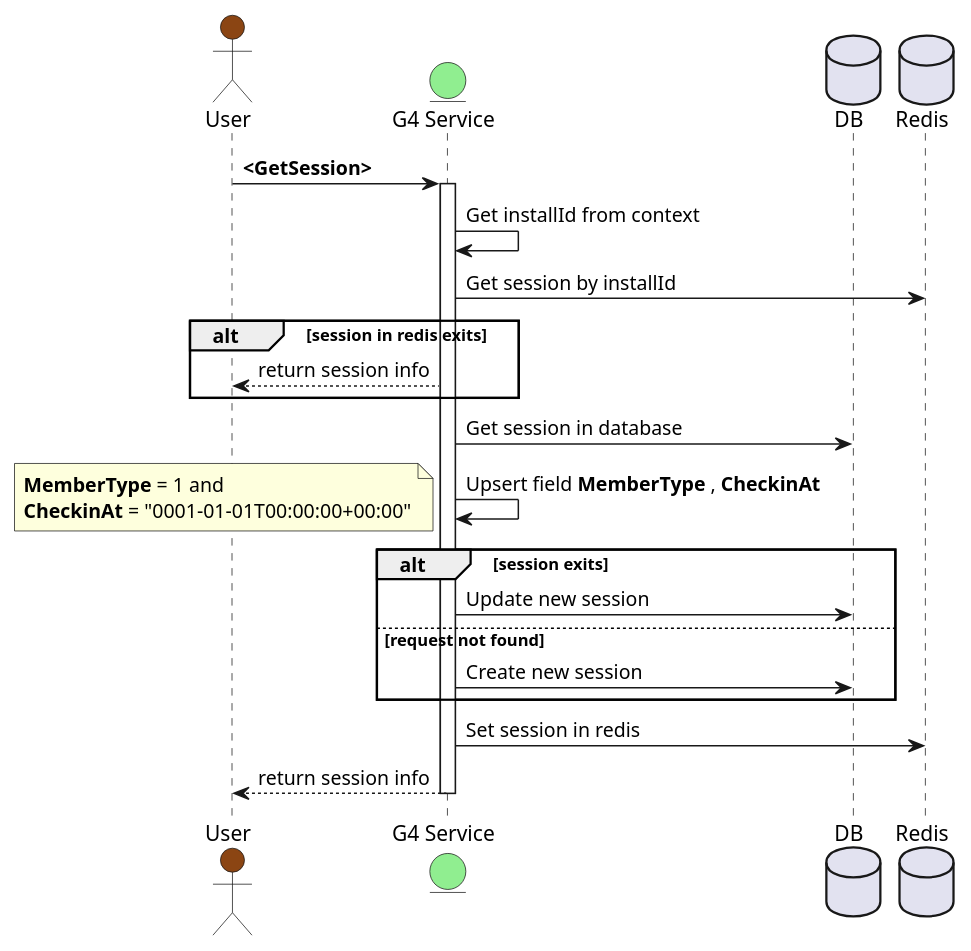
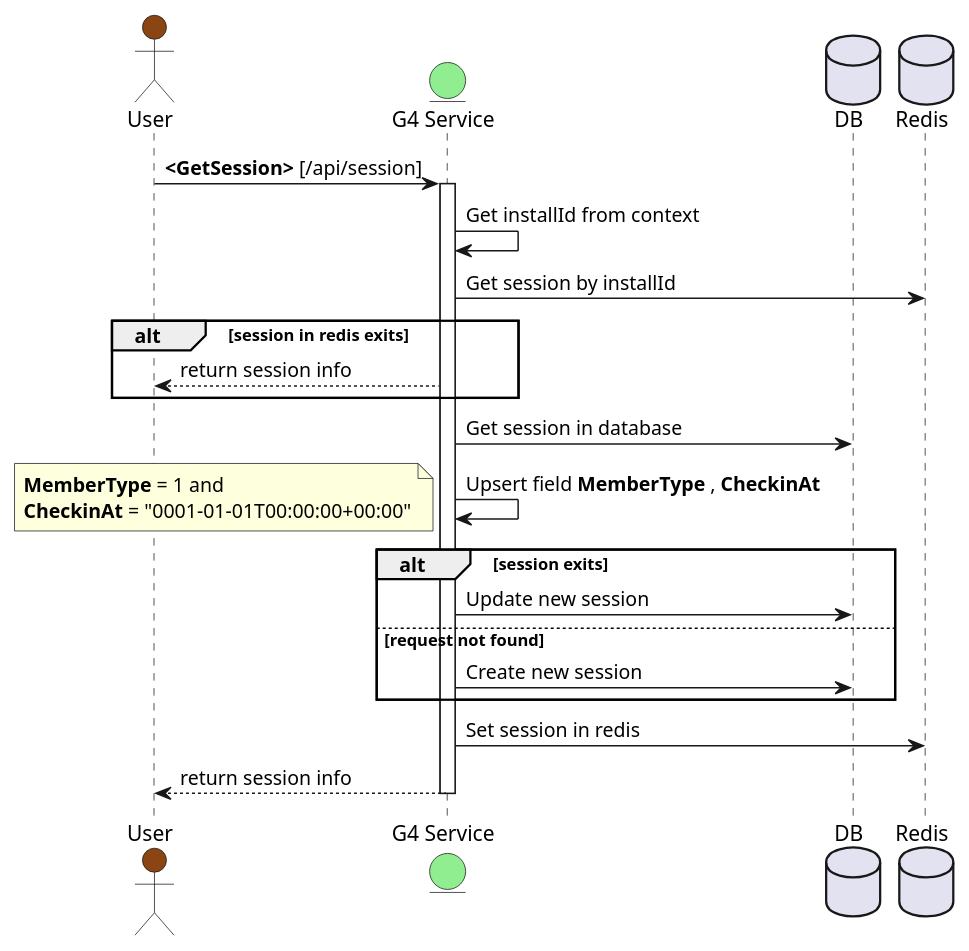
Before and after one commit to tinhtn-3406/shopimo-docs: the first of 6 diagrams in g4-api/ow/g4-api-app_common.md, drawn with PlantUML. The commit also changed other lines of this file and 4 other files, not shown here.

Commit message:
flow console

````diff
--- a/g4-api/ow/g4-api-app_common.md
+++ b/g4-api/ow/g4-api-app_common.md
@@ -5,28 +5,28 @@
 ```plantuml
 actor "User" as user #SaddleBrown
 entity "G4 Service" as g4 #lightGreen
 database "DB" as db
 database "Redis" as redis
 
-user -> g4: **<GetSession>**
+user -> g4: **<GetSession>** [/api/session]
 activate g4
 g4 -> g4: Get installId from context
 g4 -> redis: Get session by installId
 alt session in redis exits
   g4 --> user: return session info
 end
 
 
 g4 -> db: Get session in database
 g4 -> g4: Upsert field **MemberType** , **CheckinAt**
 note left: **MemberType** = 1 and \n**CheckinAt** = "0001-01-01T00:00:00+00:00"
 alt session exits
   g4 -> db: Update new session
 else request not found
   g4 -> db: Create new session
 end
 
 g4 -> redis: Set session in redis
 g4 --> user: return session info
 deactivate g4
 ```
````
